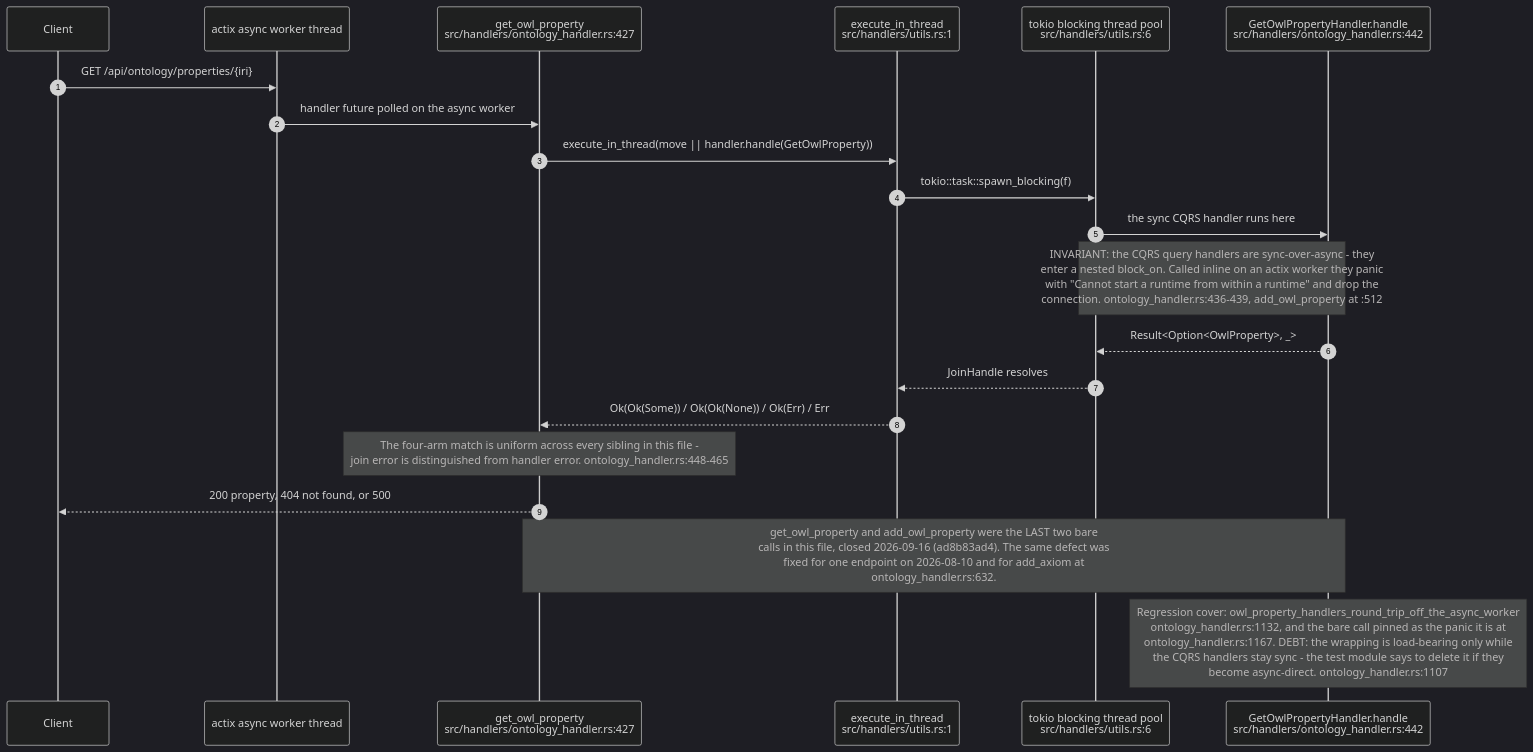
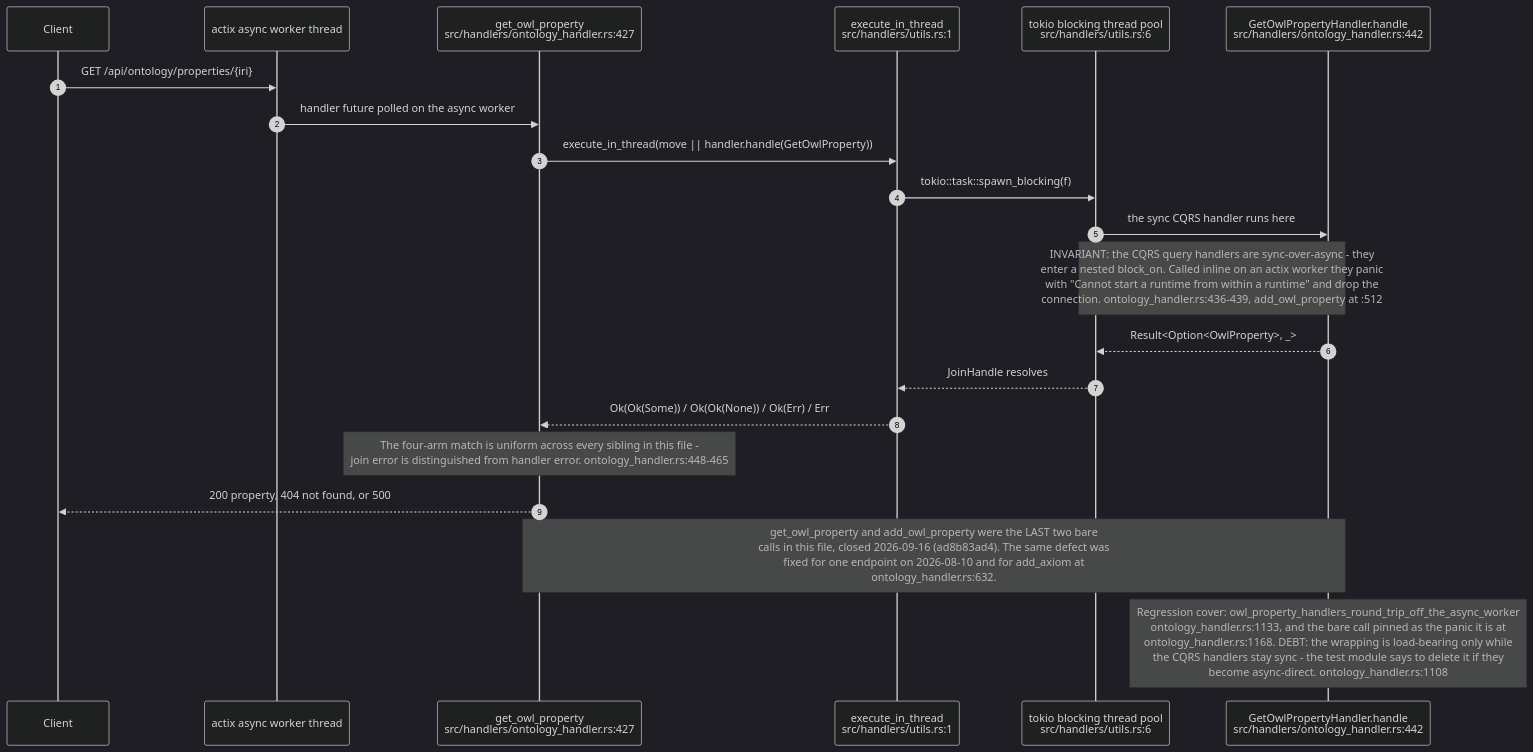
The ninth of 11 diagrams in docs/diagrams/visionclaw/20-ontology-pipeline-oxigraph-whelk.md (DreamLab-AI/VisionFlow), drawn with Mermaid (dark theme) before and after one commit. The commit also changed other lines of this file and 151 other files, not shown here.

````diff
--- a/docs/diagrams/visionclaw/20-ontology-pipeline-oxigraph-whelk.md
+++ b/docs/diagrams/visionclaw/20-ontology-pipeline-oxigraph-whelk.md
@@ -336,24 +336,24 @@
 ```mermaid
 sequenceDiagram
     autonumber
     participant CL as Client
     participant AW as actix async worker thread
     participant H as get_owl_property<br/>src/handlers/ontology_handler.rs:427
     participant EX as execute_in_thread<br/>src/handlers/utils.rs:1
     participant BT as tokio blocking thread pool<br/>src/handlers/utils.rs:6
     participant QH as GetOwlPropertyHandler.handle<br/>src/handlers/ontology_handler.rs:442
 
     CL->>AW: GET /api/ontology/properties/{iri}
     AW->>H: handler future polled on the async worker
     H->>EX: execute_in_thread(move || handler.handle(GetOwlProperty))
     EX->>BT: tokio::task::spawn_blocking(f)
     BT->>QH: the sync CQRS handler runs here
     Note over BT,QH: INVARIANT: the CQRS query handlers are sync-over-async - they<br/>enter a nested block_on. Called inline on an actix worker they panic<br/>with "Cannot start a runtime from within a runtime" and drop the<br/>connection. ontology_handler.rs:436-439, add_owl_property at :512
     QH-->>BT: Result<Option<OwlProperty>, _>
     BT-->>EX: JoinHandle resolves
     EX-->>H: Ok(Ok(Some)) / Ok(Ok(None)) / Ok(Err) / Err
     Note over H: The four-arm match is uniform across every sibling in this file -<br/>join error is distinguished from handler error. ontology_handler.rs:448-465
     H-->>CL: 200 property, 404 not found, or 500
     Note over H,QH: get_owl_property and add_owl_property were the LAST two bare<br/>calls in this file, closed 2026-09-16 (ad8b83ad4). The same defect was<br/>fixed for one endpoint on 2026-08-10 and for add_axiom at<br/>ontology_handler.rs:632.
-    Note over QH: Regression cover: owl_property_handlers_round_trip_off_the_async_worker<br/>ontology_handler.rs:1132, and the bare call pinned as the panic it is at<br/>ontology_handler.rs:1167. DEBT: the wrapping is load-bearing only while<br/>the CQRS handlers stay sync - the test module says to delete it if they<br/>become async-direct. ontology_handler.rs:1107
+    Note over QH: Regression cover: owl_property_handlers_round_trip_off_the_async_worker<br/>ontology_handler.rs:1133, and the bare call pinned as the panic it is at<br/>ontology_handler.rs:1168. DEBT: the wrapping is load-bearing only while<br/>the CQRS handlers stay sync - the test module says to delete it if they<br/>become async-direct. ontology_handler.rs:1108
 ```
````
